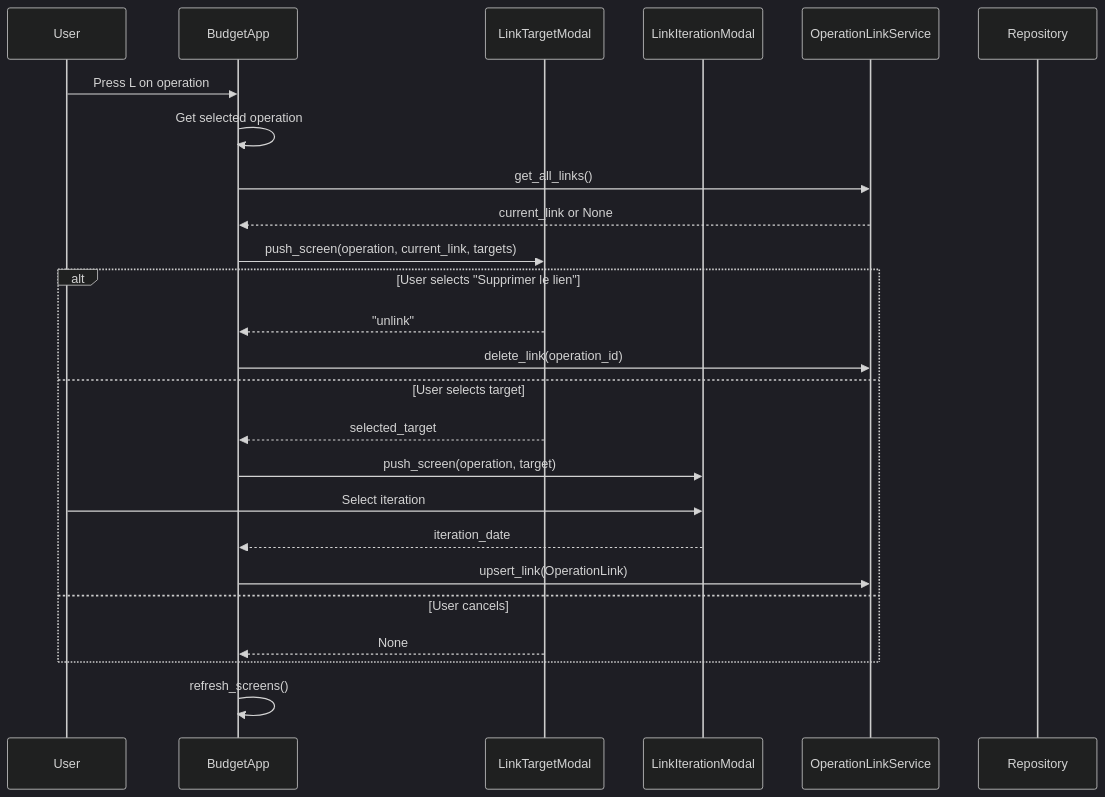
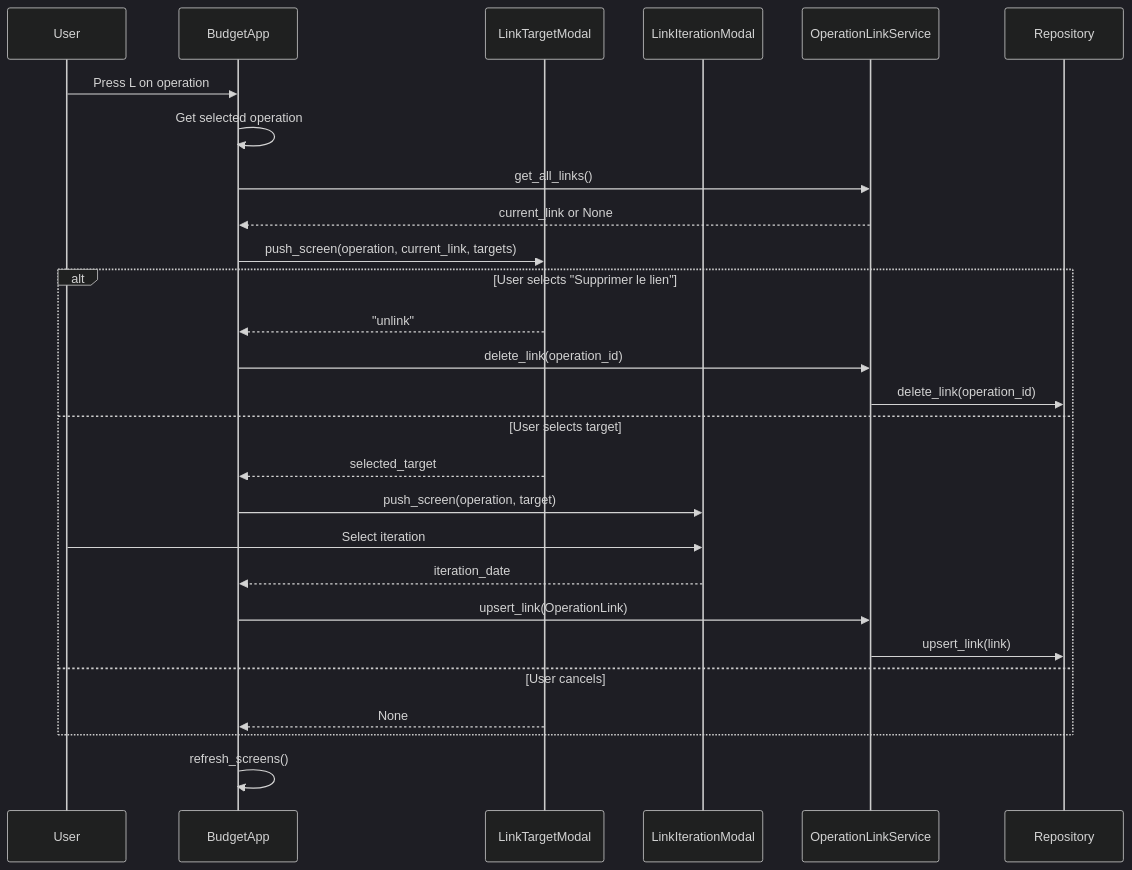
Before and after one commit to corentin-core/budget-forecaster: the fifth of 8 diagrams in docs/dev/operation-links.md, drawn with Mermaid (dark theme).

Commit message:
docs: show OLS to Repo calls in manual linking diagram

````diff
--- a/docs/dev/operation-links.md
+++ b/docs/dev/operation-links.md
@@ -298,30 +298,32 @@
 ```mermaid
 sequenceDiagram
     participant User
     participant TUI as BudgetApp
     participant LTM as LinkTargetModal
     participant LIM as LinkIterationModal
     participant OLS as OperationLinkService
     participant Repo as Repository
 
     User->>TUI: Press L on operation
     TUI->>TUI: Get selected operation
     TUI->>OLS: get_all_links()
     OLS-->>TUI: current_link or None
     TUI->>LTM: push_screen(operation, current_link, targets)
 
     alt User selects "Supprimer le lien"
         LTM-->>TUI: "unlink"
         TUI->>OLS: delete_link(operation_id)
+        OLS->>Repo: delete_link(operation_id)
     else User selects target
         LTM-->>TUI: selected_target
         TUI->>LIM: push_screen(operation, target)
         User->>LIM: Select iteration
         LIM-->>TUI: iteration_date
         TUI->>OLS: upsert_link(OperationLink)
+        OLS->>Repo: upsert_link(link)
     else User cancels
         LTM-->>TUI: None
     end
 
     TUI->>TUI: refresh_screens()
 ```
````
